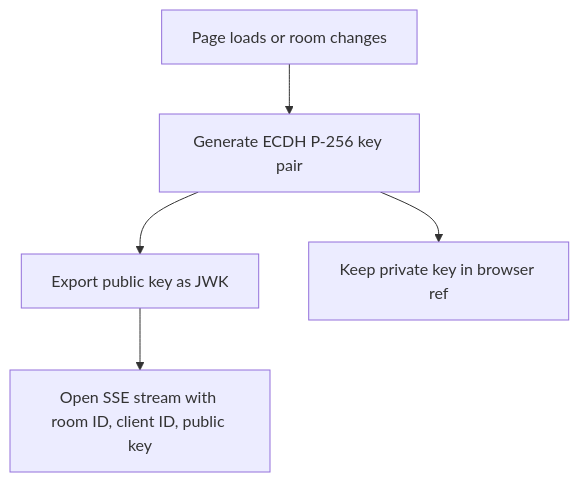
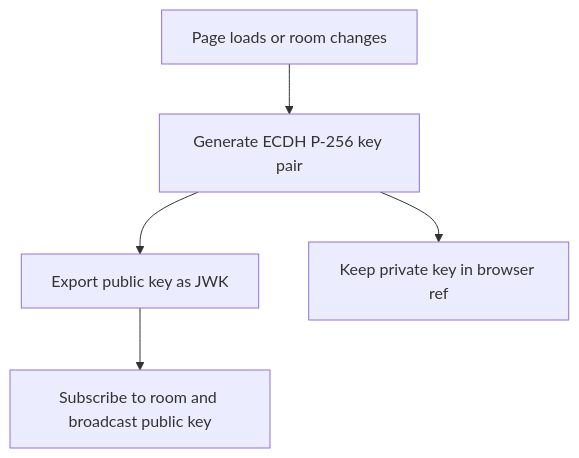
The first of 4 diagrams in docs/encryption-flow.md (matthewlovestocode/e2echat), drawn with Mermaid before and after one commit. The commit also changed other lines of this file and 19 other files, not shown here.

````diff
--- a/docs/encryption-flow.md
+++ b/docs/encryption-flow.md
@@ -22,11 +22,11 @@
 ```mermaid
 flowchart TD
   load["Page loads or room changes"]
   generate["Generate ECDH P-256 key pair"]
   export["Export public key as JWK"]
   keep["Keep private key in browser ref"]
-  join["Open SSE stream with room ID, client ID, public key"]
+  join["Subscribe to room and broadcast public key"]
 
   load --> generate --> export --> join
   generate --> keep
 ```
````
